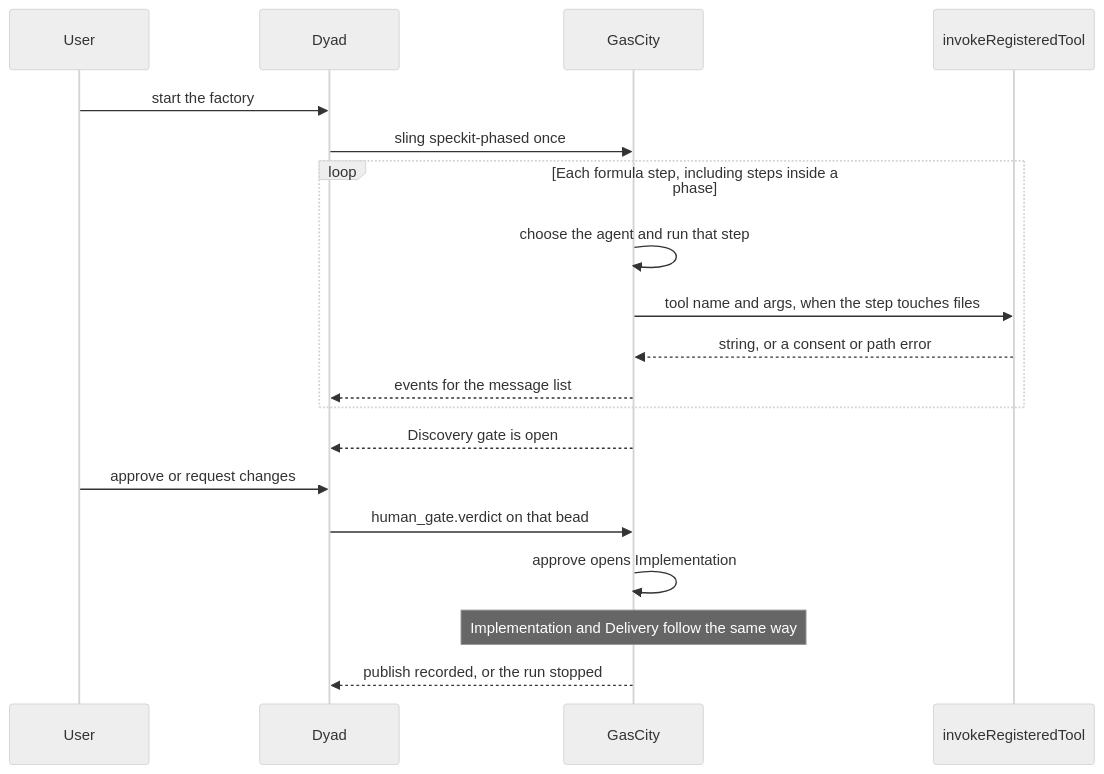
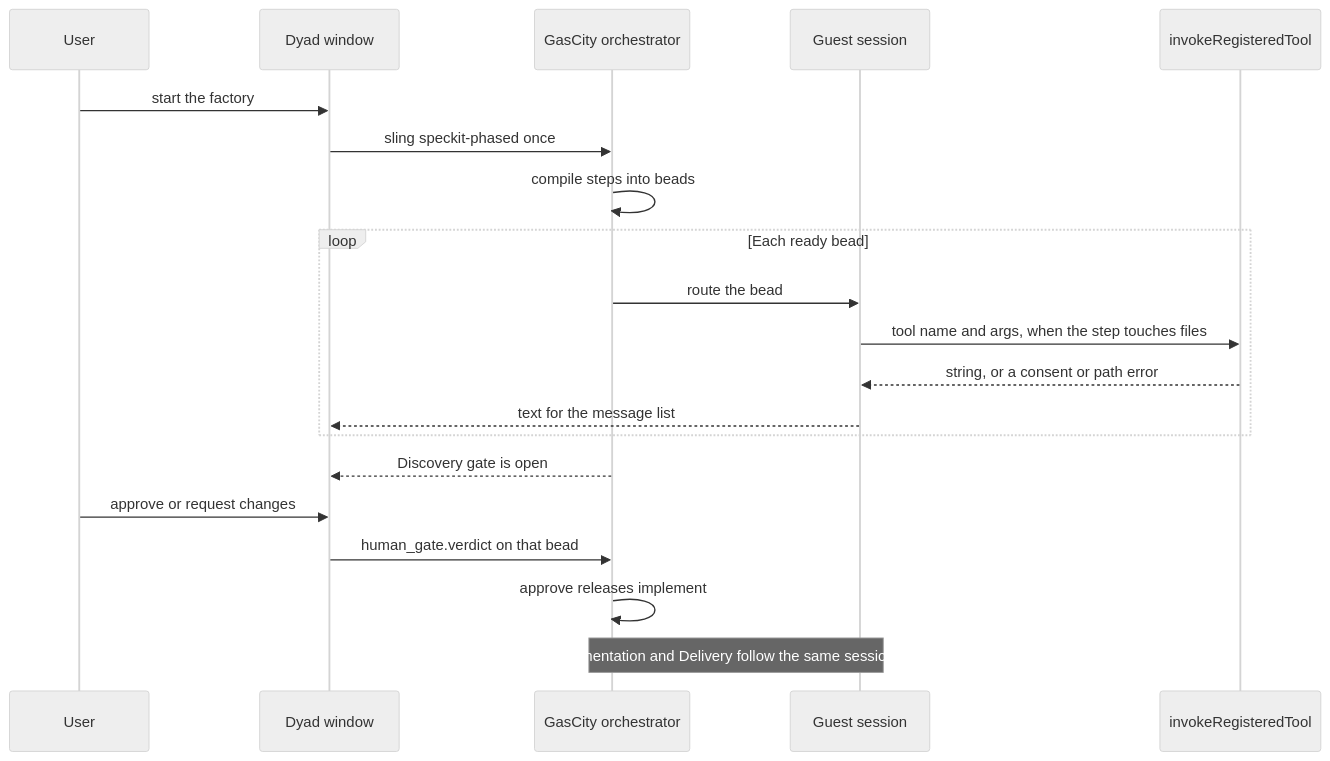
One commit to Awannaphasch2016/dyad changed the diagram in plans/gascity-orchestrator-remaining.md. Above: the diagram before and after it, drawn with Mermaid (neutral theme). The commit also changed other lines of this file, not shown here.

First line of the commit message:
Make the guest session the only agent path in the orchestrator plan.

````diff
--- a/plans/gascity-orchestrator-remaining.md
+++ b/plans/gascity-orchestrator-remaining.md
@@ -84,22 +95,23 @@
 ```mermaid
 sequenceDiagram
   participant User
-  participant App as Dyad
-  participant GC as GasCity
+  participant App as Dyad window
+  participant GC as GasCity orchestrator
+  participant Session as Guest session
   participant Wrap as invokeRegisteredTool
 
   User->>App: start the factory
   App->>GC: sling speckit-phased once
-  loop Each formula step, including steps inside a phase
-    GC->>GC: choose the agent and run that step
-    GC->>Wrap: tool name and args, when the step touches files
-    Wrap-->>GC: string, or a consent or path error
-    GC-->>App: events for the message list
+  GC->>GC: compile steps into beads
+  loop Each ready bead
+    GC->>Session: route the bead
+    Session->>Wrap: tool name and args, when the step touches files
+    Wrap-->>Session: string, or a consent or path error
+    Session-->>App: text for the message list
   end
   GC-->>App: Discovery gate is open
   User->>App: approve or request changes
   App->>GC: human_gate.verdict on that bead
-  GC->>GC: approve opens Implementation
-  Note over GC: Implementation and Delivery follow the same way
-  GC-->>App: publish recorded, or the run stopped
+  GC->>GC: approve releases implement
+  Note over GC,Session: Implementation and Delivery follow the same session path
 ```
````
